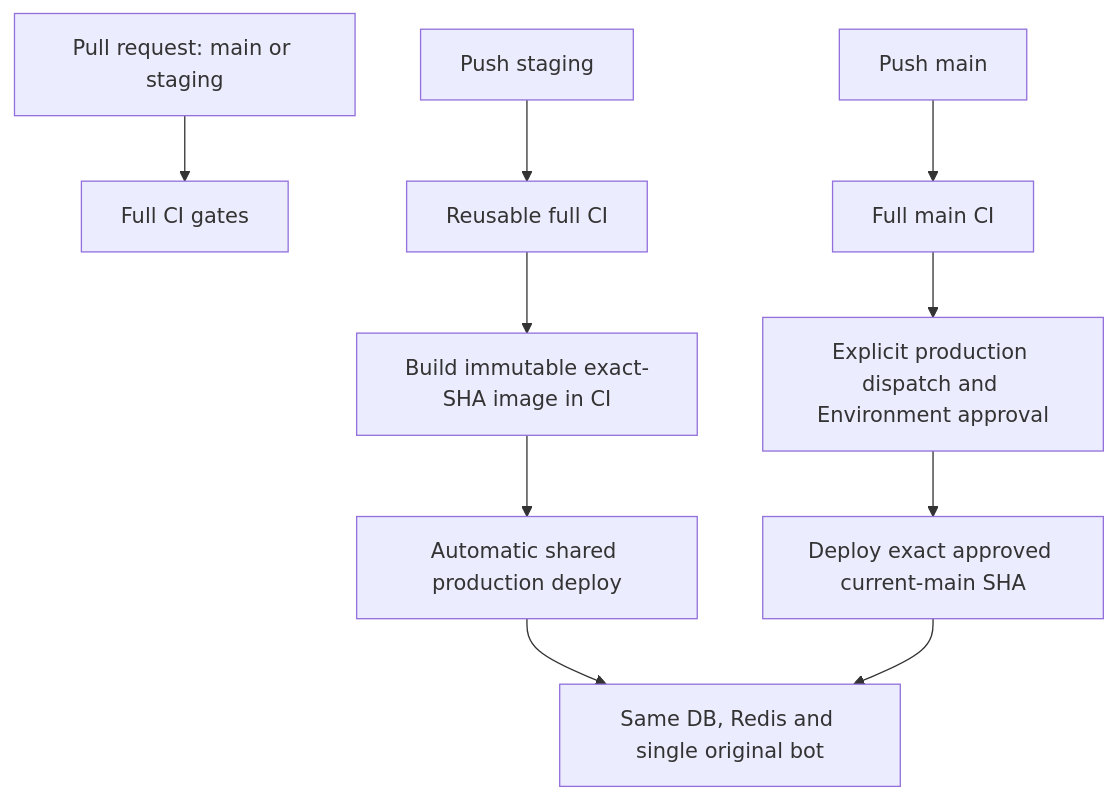
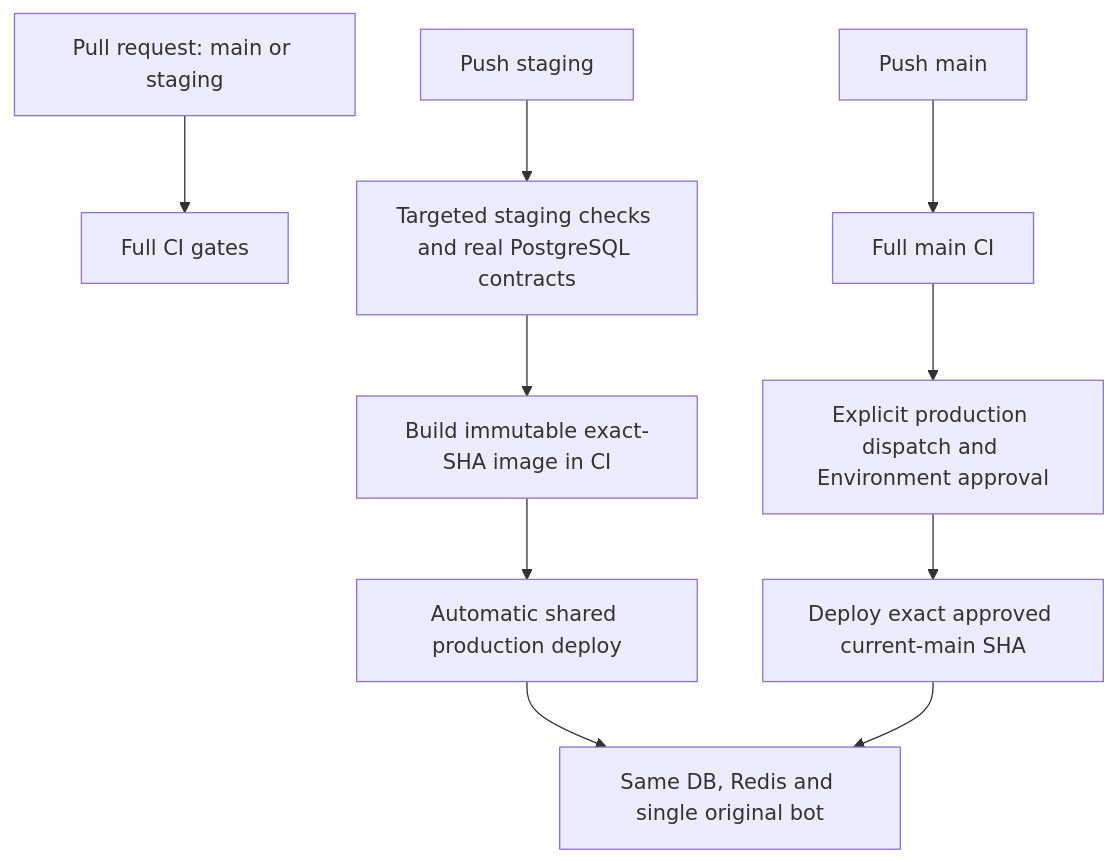
Before and after one commit to HamedSanaei/cloud-server-seller-bot: the diagram in docs/operations/PRODUCTION_DEPLOY.md, drawn with Mermaid. The commit also changed other lines of this file and 9 other files, not shown here.

Commit message:
fix(staging): restore fast checks and bound FX quotes to UTC

````diff
--- a/docs/operations/PRODUCTION_DEPLOY.md
+++ b/docs/operations/PRODUCTION_DEPLOY.md
@@ -22,12 +23,12 @@
 ```mermaid
 flowchart TD
   PR[Pull request: main or staging] --> CI[Full CI gates]
-  Stage[Push staging] --> SCI[Reusable full CI]
+  Stage[Push staging] --> SCI[Targeted staging checks and real PostgreSQL contracts]
   SCI --> Image[Build immutable exact-SHA image in CI]
   Image --> StageDeploy[Automatic shared production deploy]
   Main[Push main] --> MainCI[Full main CI]
   MainCI --> Approval[Explicit production dispatch and Environment approval]
   Approval --> Production[Deploy exact approved current-main SHA]
   StageDeploy --> Live[Same DB, Redis and single original bot]
   Production --> Live
 ```
````
